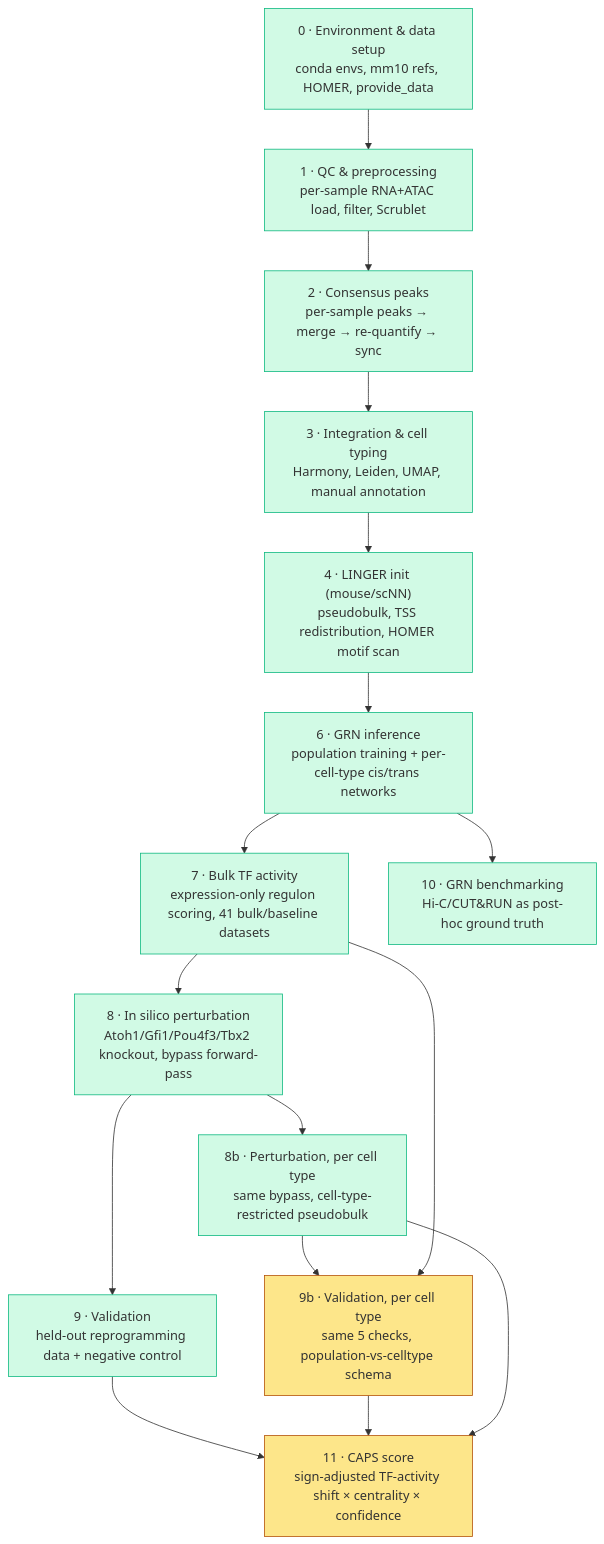
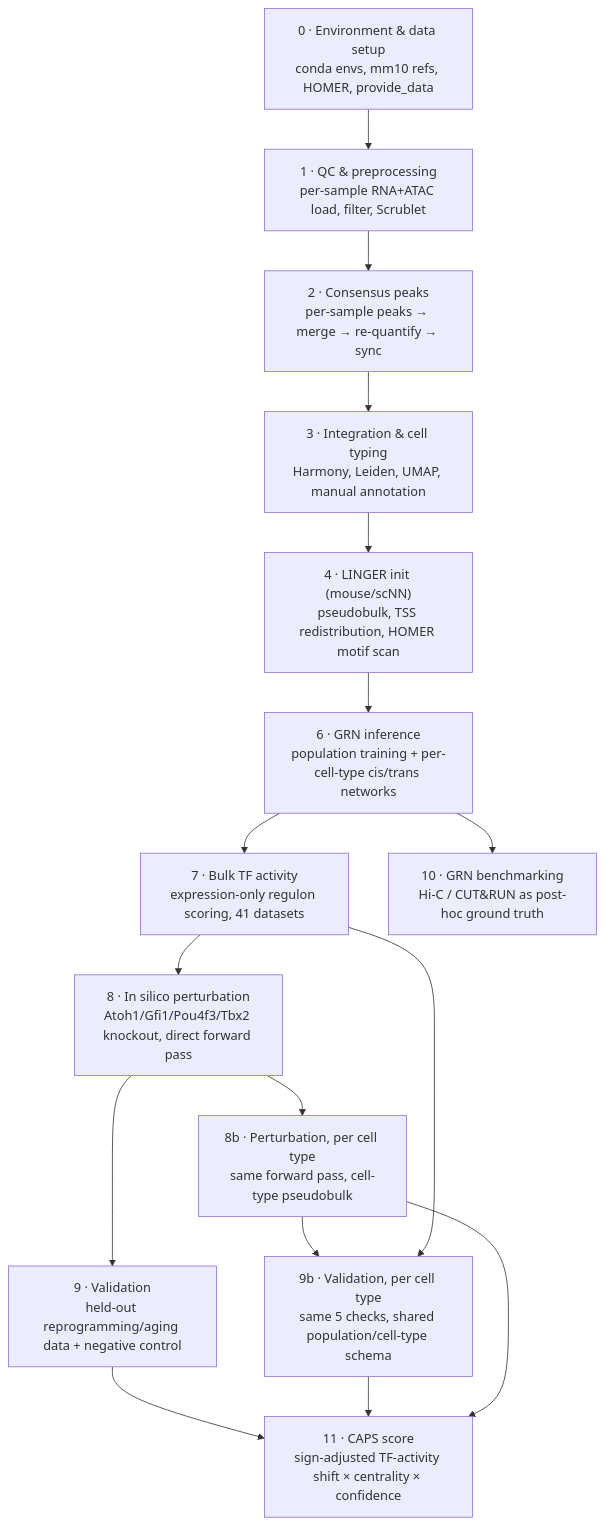
Before and after one commit to DarrenLJS/LINGER-Cochlear-TF-Knockout-Pipeline: the diagram in README.md, drawn with Mermaid. The commit also changed other lines of this file and 1 other file, not shown here.

````diff
--- a/README.md
+++ b/README.md
@@ -40,32 +50,18 @@
 ```mermaid
 flowchart TD
     A["0 · Environment & data setup<br/>conda envs, mm10 refs, HOMER, provide_data"] --> B["1 · QC & preprocessing<br/>per-sample RNA+ATAC load, filter, Scrublet"]
     B --> C["2 · Consensus peaks<br/>per-sample peaks → merge → re-quantify → sync"]
     C --> D["3 · Integration & cell typing<br/>Harmony, Leiden, UMAP, manual annotation"]
     D --> E["4 · LINGER init (mouse/scNN)<br/>pseudobulk, TSS redistribution, HOMER motif scan"]
     E --> F["6 · GRN inference<br/>population training + per-cell-type cis/trans networks"]
-    F --> G["7 · Bulk TF activity<br/>expression-only regulon scoring, 41 bulk/baseline datasets"]
-    F --> J["10 · GRN benchmarking<br/>Hi-C/CUT&RUN as post-hoc ground truth"]
-    G --> H["8 · In silico perturbation<br/>Atoh1/Gfi1/Pou4f3/Tbx2 knockout, bypass forward-pass"]
-    H --> H2["8b · Perturbation, per cell type<br/>same bypass, cell-type-restricted pseudobulk"]
-    H --> I["9 · Validation<br/>held-out reprogramming data + negative control"]
-    H2 --> I2["9b · Validation, per cell type<br/>same 5 checks, population-vs-celltype schema"]
+    F --> G["7 · Bulk TF activity<br/>expression-only regulon scoring, 41 datasets"]
+    F --> J["10 · GRN benchmarking<br/>Hi-C / CUT&RUN as post-hoc ground truth"]
+    G --> H["8 · In silico perturbation<br/>Atoh1/Gfi1/Pou4f3/Tbx2 knockout, direct forward pass"]
+    H --> H2["8b · Perturbation, per cell type<br/>same forward pass, cell-type pseudobulk"]
+    H --> I["9 · Validation<br/>held-out reprogramming/aging data + negative control"]
+    H2 --> I2["9b · Validation, per cell type<br/>same 5 checks, shared population/cell-type schema"]
     G --> I2
     I --> K["11 · CAPS score<br/>sign-adjusted TF-activity shift × centrality × confidence"]
     I2 --> K
     H2 --> K
-
-    style A fill:#d1fae5,stroke:#10b981
-    style B fill:#d1fae5,stroke:#10b981
-    style C fill:#d1fae5,stroke:#10b981
-    style D fill:#d1fae5,stroke:#10b981
-    style E fill:#d1fae5,stroke:#10b981
-    style F fill:#d1fae5,stroke:#10b981
-    style G fill:#d1fae5,stroke:#10b981
-    style H fill:#d1fae5,stroke:#10b981
-    style H2 fill:#d1fae5,stroke:#10b981
-    style I fill:#d1fae5,stroke:#10b981
-    style J fill:#d1fae5,stroke:#10b981
-    style I2 fill:#fde68a,stroke:#b45309
-    style K fill:#fde68a,stroke:#b45309
 ```
````
